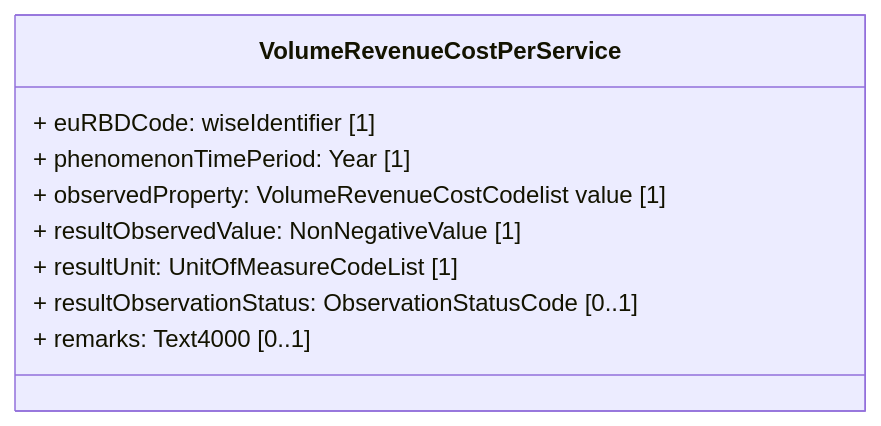
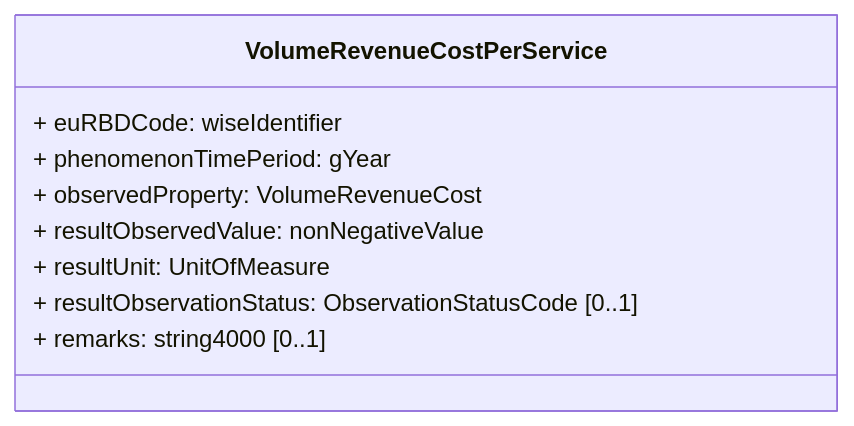
Before and after one commit to eeadata/WISE.WFD.Documentation: the diagram in docs/DataModelReview/mmd/EconomicAnalysis_VolumeRevenueCost.mmd, drawn with Mermaid. The commit also changed 6 other files, not shown here.

Commit message:
Review mermaid diagrams Economic Analysis

```diff
--- a/docs/DataModelReview/mmd/EconomicAnalysis_VolumeRevenueCost.mmd
+++ b/docs/DataModelReview/mmd/EconomicAnalysis_VolumeRevenueCost.mmd
@@ -1,12 +1,12 @@
 classDiagram
     direction TB
 
     class VolumeRevenueCostPerService {
-        + euRBDCode: wiseIdentifier [1]
-        + phenomenonTimePeriod: Year [1]
-        + observedProperty: VolumeRevenueCostCodelist value [1]
-        + resultObservedValue: NonNegativeValue [1]
-        + resultUnit: UnitOfMeasureCodeList [1]
+        + euRBDCode: wiseIdentifier 
+        + phenomenonTimePeriod: gYear
+        + observedProperty: VolumeRevenueCost
+        + resultObservedValue: nonNegativeValue
+        + resultUnit: UnitOfMeasure
         + resultObservationStatus: ObservationStatusCode [0..1]
-        + remarks: Text4000 [0..1]
+        + remarks: string4000 [0..1]
     }
```
